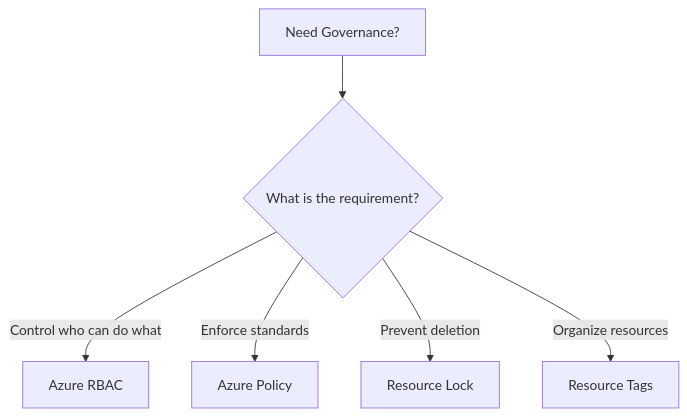
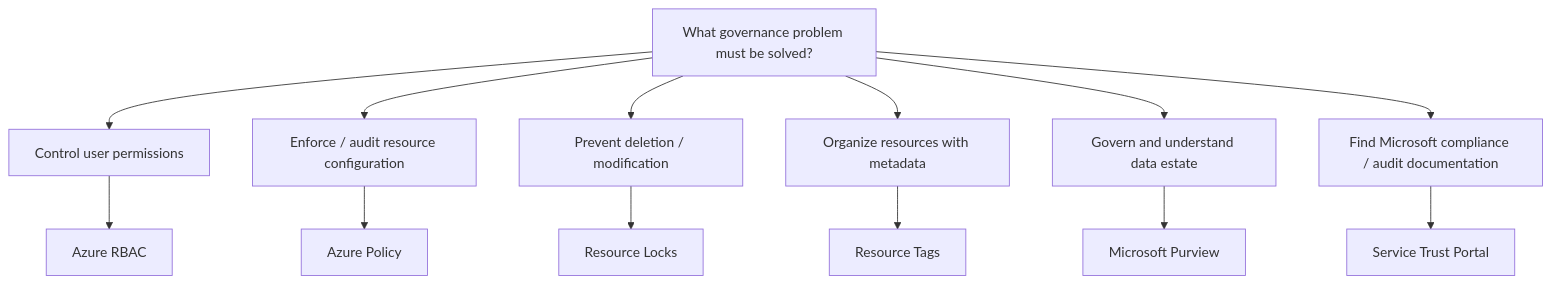
The diagram in exam/decision-trees/governance-decision-tree.md (zhyordanova/azure-fundamentals-handbook), drawn with Mermaid before and after one commit. The commit also changed other lines of this file and 6 other files, not shown here.

````diff
--- a/exam/decision-trees/governance-decision-tree.md
+++ b/exam/decision-trees/governance-decision-tree.md
@@ -3,13 +5,18 @@
 ```mermaid
 flowchart TD
+    A["What governance problem must be solved?"]
 
-    A["Need Governance?"] --> B{"What is the requirement?"}
+    A --> B["Control user permissions"]
+    A --> C["Enforce / audit resource configuration"]
+    A --> D["Prevent deletion / modification"]
+    A --> E["Organize resources with metadata"]
+    A --> F["Govern and understand data estate"]
+    A --> G["Find Microsoft compliance / audit documentation"]
 
-    B -->|Control who can do what| C["Azure RBAC"]
-
-    B -->|Enforce standards| D["Azure Policy"]
-
-    B -->|Prevent deletion| E["Resource Lock"]
-
-    B -->|Organize resources| F["Resource Tags"]
+    B --> RBAC["Azure RBAC"]
+    C --> POLICY["Azure Policy"]
+    D --> LOCKS["Resource Locks"]
+    E --> TAGS["Resource Tags"]
+    F --> PURVIEW["Microsoft Purview"]
+    G --> TRUST["Service Trust Portal"]
 ```
````
